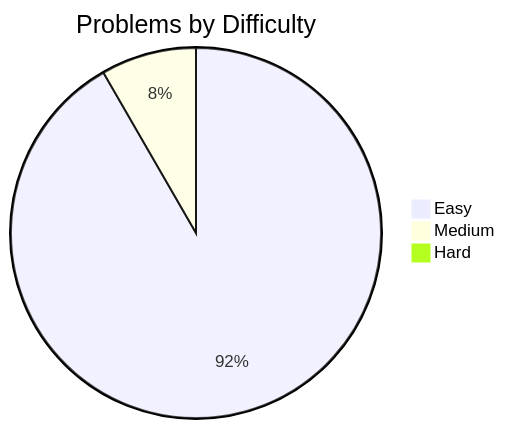
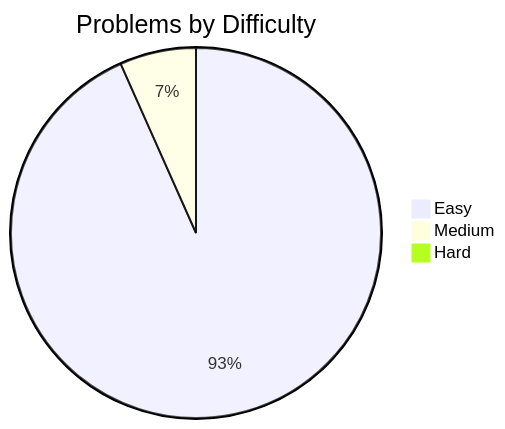
The diagram in README.md (davelin18yufan/leetcode-journal), drawn with Mermaid before and after one commit. The commit also changed other lines of this file and 7 other files, not shown here.

````diff
--- a/README.md
+++ b/README.md
@@ -9,7 +9,7 @@
 ```mermaid
 pie
     title Problems by Difficulty
-    "Easy" : 11
+    "Easy" : 14
     "Medium" : 1
     "Hard" : 0
 ```
````
